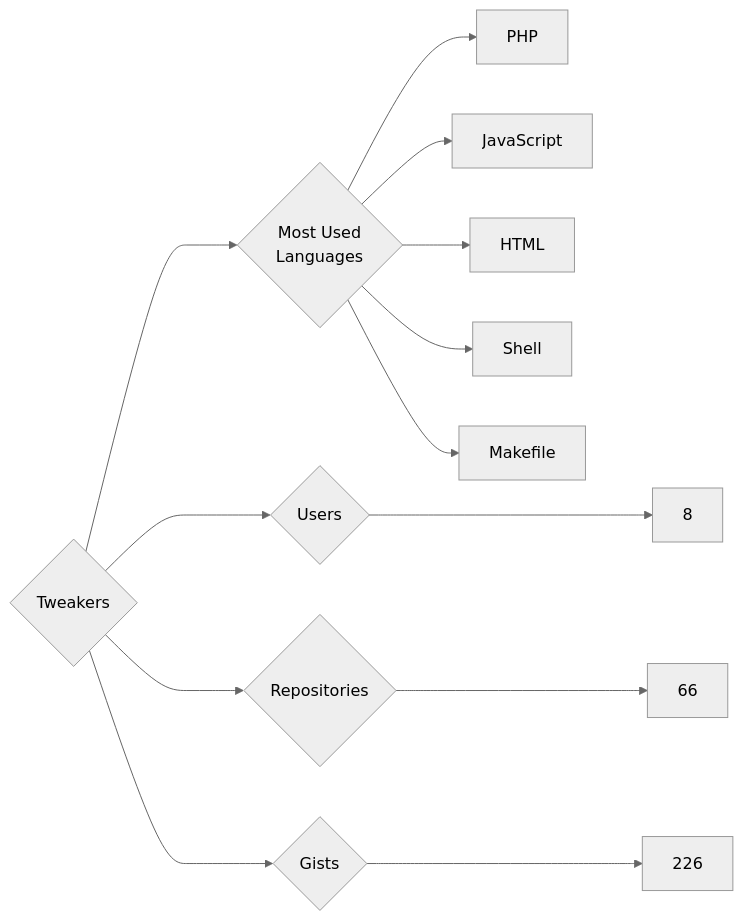
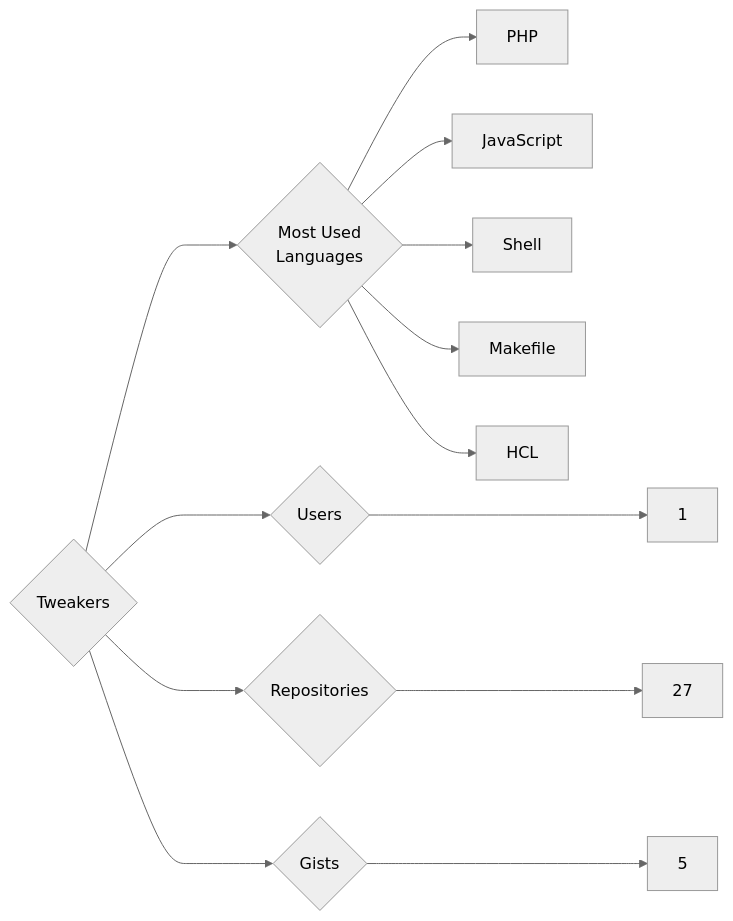
The diagram in targets/Tweakers/README.md (trickest/insiders), drawn with Mermaid (neutral theme) before and after one commit. The commit also changed 940 other files, not shown here.

````diff
--- a/targets/Tweakers/README.md
+++ b/targets/Tweakers/README.md
@@ -3,13 +3,13 @@
 ```mermaid
 graph LR
 COMPANY_NAME{Tweakers}
-COMPANY_NAME ---> U{Users} ---> UN[8]
-COMPANY_NAME ---> R{Repositories} ---> RN[66]
-COMPANY_NAME ---> G{Gists} ---> GN[226]
+COMPANY_NAME ---> U{Users} ---> UN[1]
+COMPANY_NAME ---> R{Repositories} ---> RN[27]
+COMPANY_NAME ---> G{Gists} ---> GN[5]
 COMPANY_NAME ---> ML{Most Used<br>Languages}
 ML --> PHP[PHP]
 ML --> JavaScript[JavaScript]
-ML --> HTML[HTML]
 ML --> Shell[Shell]
 ML --> Makefile[Makefile]
+ML --> HCL[HCL]
 ```
````
